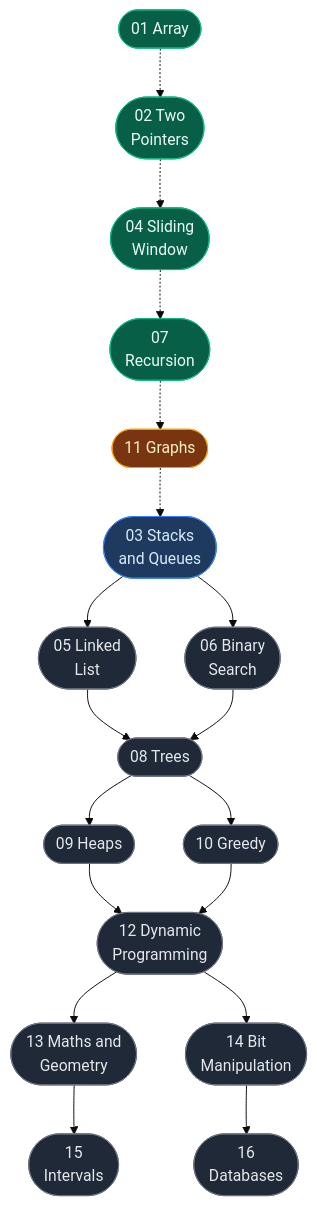
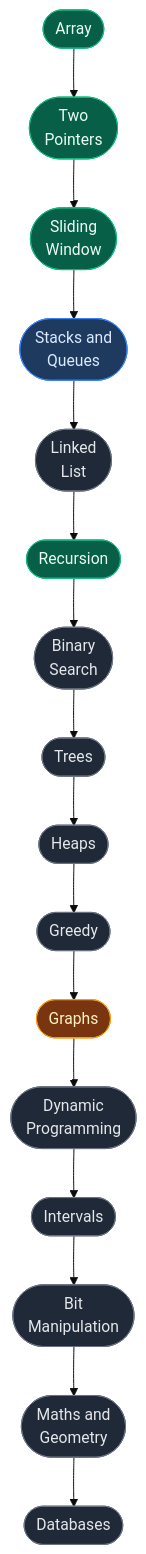
The second of 2 diagrams in README.md (ajay-nikumbh/dsa-notes), drawn with Mermaid (base theme) before and after one commit.

Commit message:
Reorder roadmap by standard DSA learning sequence, not commit order

````diff
--- a/README.md
+++ b/README.md
@@ -52,26 +52,23 @@
 ```mermaid
 flowchart TD
-    A(["01 Array"]):::done -.-> B(["02 Two<br/>Pointers"]):::done
-    B -.-> C(["04 Sliding<br/>Window"]):::done
-    C -.-> D(["07<br/>Recursion"]):::done
-    D -.-> E(["11 Graphs"]):::inprog
-    E -.-> F(["03 Stacks<br/>and Queues"]):::next
-
-    F --> G(["05 Linked<br/>List"]):::todo
-    F --> H(["06 Binary<br/>Search"]):::todo
-    G --> I(["08 Trees"]):::todo
-    H --> I
-    I --> J(["09 Heaps"]):::todo
-    I --> K(["10 Greedy"]):::todo
-    J --> L(["12 Dynamic<br/>Programming"]):::todo
-    K --> L
-    L --> M(["13 Maths and<br/>Geometry"]):::todo
-    L --> N(["14 Bit<br/>Manipulation"]):::todo
-    M --> O(["15<br/>Intervals"]):::todo
-    N --> P(["16<br/>Databases"]):::todo
+    A(["Array"]):::done --> B(["Two<br/>Pointers"]):::done
+    B --> C(["Sliding<br/>Window"]):::done
+    C --> D(["Stacks and<br/>Queues"]):::next
+    D --> E(["Linked<br/>List"]):::todo
+    E --> F(["Recursion"]):::done
+    F --> G(["Binary<br/>Search"]):::todo
+    G --> H(["Trees"]):::todo
+    H --> I(["Heaps"]):::todo
+    I --> J(["Greedy"]):::todo
+    J --> K(["Graphs"]):::inprog
+    K --> L(["Dynamic<br/>Programming"]):::todo
+    L --> M(["Intervals"]):::todo
+    M --> N(["Bit<br/>Manipulation"]):::todo
+    N --> O(["Maths and<br/>Geometry"]):::todo
+    O --> P(["Databases"]):::todo
 
     classDef done fill:#065f46,stroke:#10b981,color:#ecfdf5
     classDef inprog fill:#78350f,stroke:#f59e0b,color:#fef3c7
     classDef next fill:#1e3a5f,stroke:#3b82f6,color:#dbeafe
     classDef todo fill:#1f2937,stroke:#6b7280,color:#e5e7eb
 ```
````
